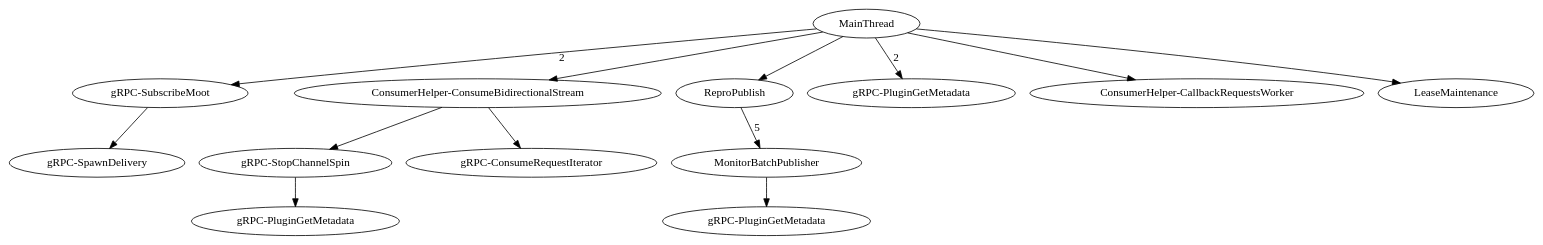
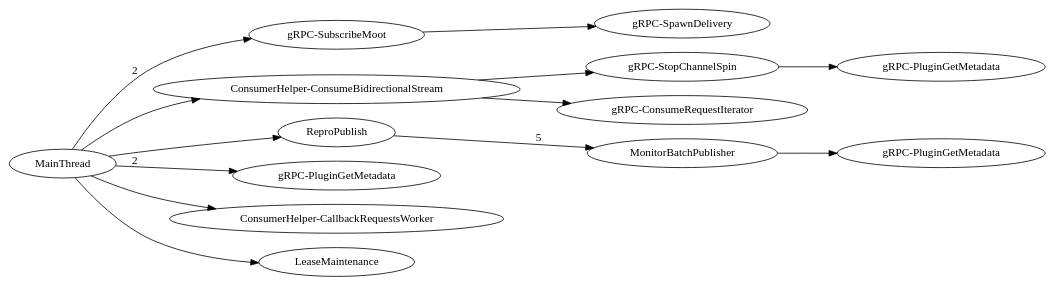
Before and after one commit to dhermes/google-cloud-pubsub-performance: the diagram in not-found/0.29.2.dot, drawn with Graphviz. The commit also changed 20 other files, not shown here.

Commit message:
Making SVG / dot graphs left to right.

```diff
--- a/not-found/0.29.2.dot
+++ b/not-found/0.29.2.dot
@@ -1,62 +1,63 @@
 digraph G {
+rankdir=LR;
 subgraph  {
 subgraph  {
 }
 
 "Thread-gRPC-SubscribeMoot" -> "Thread-gRPC-SpawnDelivery";
 }
 
 subgraph  {
 }
 
 subgraph  {
 }
 
 subgraph  {
 subgraph  {
 subgraph  {
 }
 
 "Thread-gRPC-StopChannelSpin" -> "Thread-gRPC-PluginGetMetadata++";
 }
 
 subgraph  {
 }
 
 "Thread-ConsumerHelper-ConsumeBidirectionalStream" -> "Thread-gRPC-StopChannelSpin";
 "Thread-ConsumerHelper-ConsumeBidirectionalStream" -> "Thread-gRPC-ConsumeRequestIterator";
 }
 
 subgraph  {
 }
 
 subgraph  {
 subgraph  {
 subgraph  {
 }
 
 "Thread-MonitorBatchPublisher" -> "Thread-gRPC-PluginGetMetadata+";
 }
 
 "Thread-ReproPublish" -> "Thread-MonitorBatchPublisher"  [label=5];
 }
 
 MainThread -> "Thread-gRPC-SubscribeMoot"  [label=2];
 MainThread -> "Thread-gRPC-PluginGetMetadata"  [label=2];
 MainThread -> "Thread-ConsumerHelper-CallbackRequestsWorker";
 MainThread -> "Thread-ConsumerHelper-ConsumeBidirectionalStream";
 MainThread -> "Thread-LeaseMaintenance";
 MainThread -> "Thread-ReproPublish";
 "Thread-gRPC-SubscribeMoot" [label="gRPC-SubscribeMoot"];
-"Thread-ConsumerHelper-CallbackRequestsWorker" [label="ConsumerHelper-CallbackRequestsWorker"];
+"Thread-gRPC-SpawnDelivery" [label="gRPC-SpawnDelivery"];
+"Thread-gRPC-PluginGetMetadata+" [label="gRPC-PluginGetMetadata"];
 "Thread-LeaseMaintenance" [label=LeaseMaintenance];
 "Thread-ReproPublish" [label=ReproPublish];
-"Thread-gRPC-PluginGetMetadata+" [label="gRPC-PluginGetMetadata"];
 "Thread-gRPC-PluginGetMetadata++" [label="gRPC-PluginGetMetadata"];
+"Thread-gRPC-StopChannelSpin" [label="gRPC-StopChannelSpin"];
+"Thread-ConsumerHelper-CallbackRequestsWorker" [label="ConsumerHelper-CallbackRequestsWorker"];
+"Thread-gRPC-PluginGetMetadata" [label="gRPC-PluginGetMetadata"];
+"Thread-MonitorBatchPublisher" [label=MonitorBatchPublisher];
+"Thread-gRPC-ConsumeRequestIterator" [label="gRPC-ConsumeRequestIterator"];
 "Thread-ConsumerHelper-ConsumeBidirectionalStream" [label="ConsumerHelper-ConsumeBidirectionalStream"];
-"Thread-gRPC-ConsumeRequestIterator" [label="gRPC-ConsumeRequestIterator"];
-"Thread-gRPC-PluginGetMetadata" [label="gRPC-PluginGetMetadata"];
-"Thread-gRPC-SpawnDelivery" [label="gRPC-SpawnDelivery"];
-"Thread-MonitorBatchPublisher" [label=MonitorBatchPublisher];
-"Thread-gRPC-StopChannelSpin" [label="gRPC-StopChannelSpin"];
 }
```
